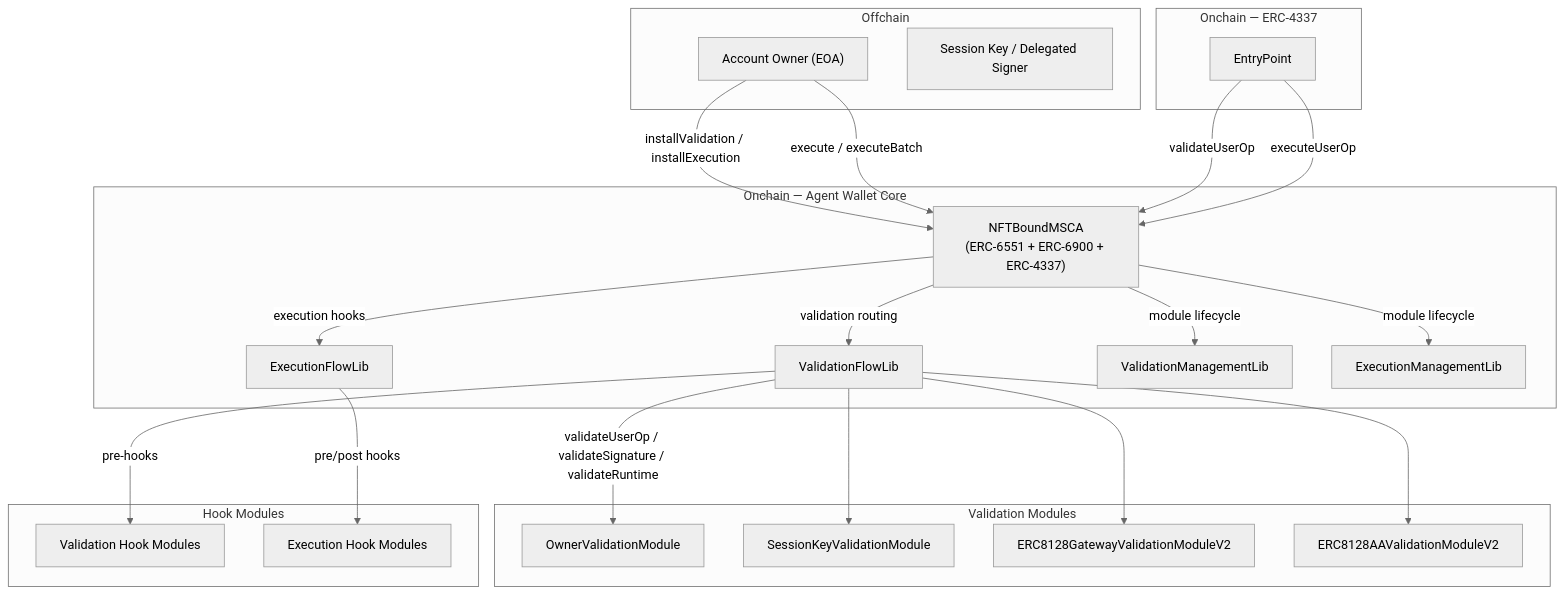
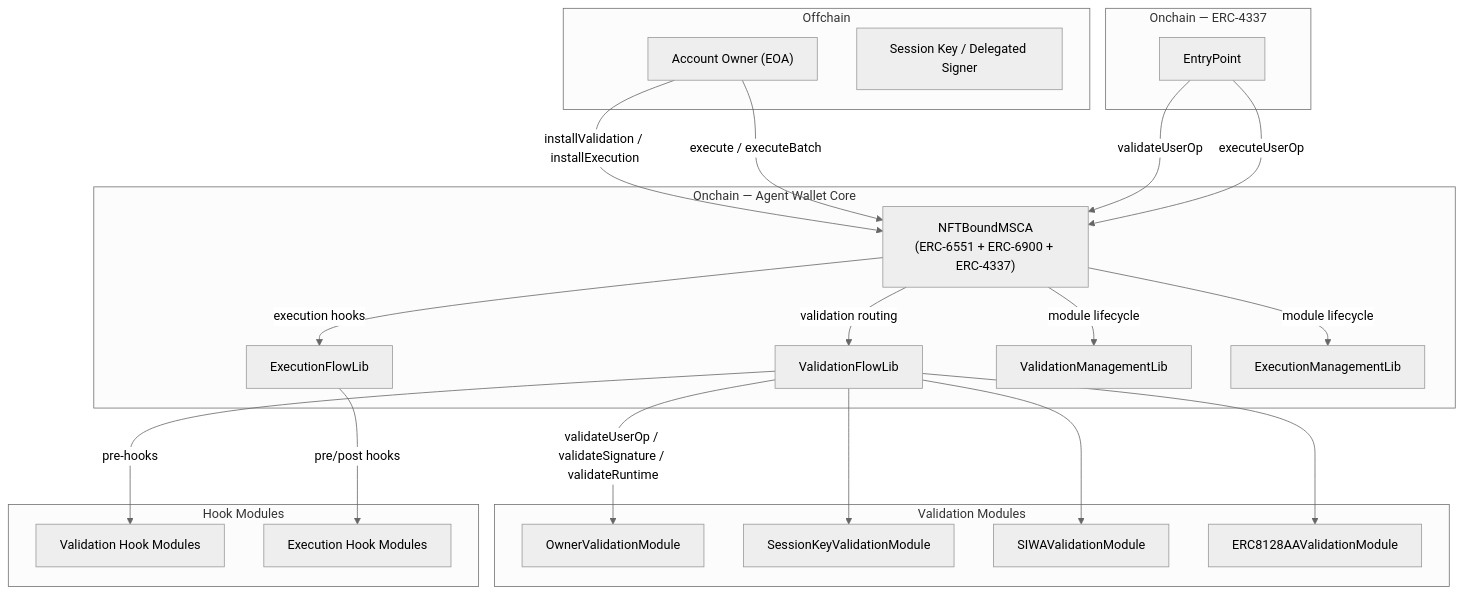
The first of 26 diagrams in docs/ERC6900-Modular-Account-Integration-Design.md (EqualFiLabs/agent-wallet-core), drawn with Mermaid (neutral theme) before and after one commit. The commit also changed other lines of this file and 16 other files, not shown here.

````diff
--- a/docs/ERC6900-Modular-Account-Integration-Design.md
+++ b/docs/ERC6900-Modular-Account-Integration-Design.md
@@ -62,46 +62,46 @@
 ```mermaid
 graph TB
     subgraph "Offchain"
         Owner["Account Owner (EOA)"]
         Signer["Session Key / Delegated Signer"]
     end
 
     subgraph "Onchain — ERC-4337"
         EntryPoint["EntryPoint"]
     end
 
     subgraph "Onchain — Agent Wallet Core"
         SCA["NFTBoundMSCA<br/>(ERC-6551 + ERC-6900 + ERC-4337)"]
         VFL["ValidationFlowLib"]
         EFL["ExecutionFlowLib"]
         VML["ValidationManagementLib"]
         EML["ExecutionManagementLib"]
     end
 
     subgraph "Validation Modules"
         OwnerMod["OwnerValidationModule"]
         SessionMod["SessionKeyValidationModule"]
-        GatewayMod["ERC8128GatewayValidationModuleV2"]
-        AAMod["ERC8128AAValidationModuleV2"]
+        GatewayMod["SIWAValidationModule"]
+        AAMod["ERC8128AAValidationModule"]
     end
 
     subgraph "Hook Modules"
         VHook["Validation Hook Modules"]
         EHook["Execution Hook Modules"]
     end
 
     Owner -->|"installValidation / installExecution"| SCA
     Owner -->|"execute / executeBatch"| SCA
     EntryPoint -->|"validateUserOp"| SCA
     EntryPoint -->|"executeUserOp"| SCA
     SCA -->|"validation routing"| VFL
     SCA -->|"execution hooks"| EFL
     SCA -->|"module lifecycle"| VML
     SCA -->|"module lifecycle"| EML
     VFL -->|"pre-hooks"| VHook
     VFL -->|"validateUserOp / validateSignature / validateRuntime"| OwnerMod
     VFL --> SessionMod
     VFL --> GatewayMod
     VFL --> AAMod
     EFL -->|"pre/post hooks"| EHook
 ```
````
